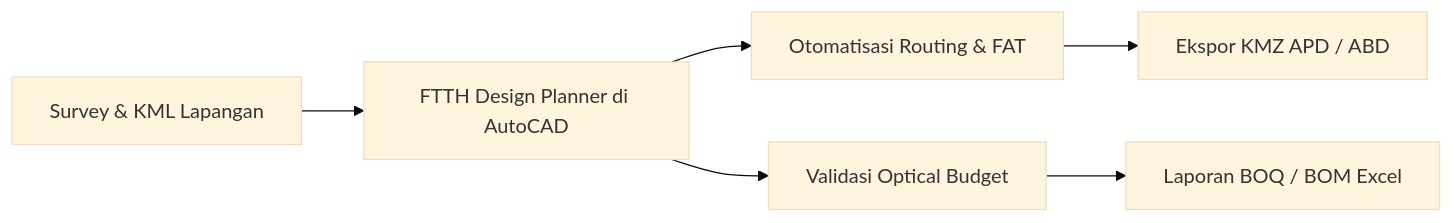
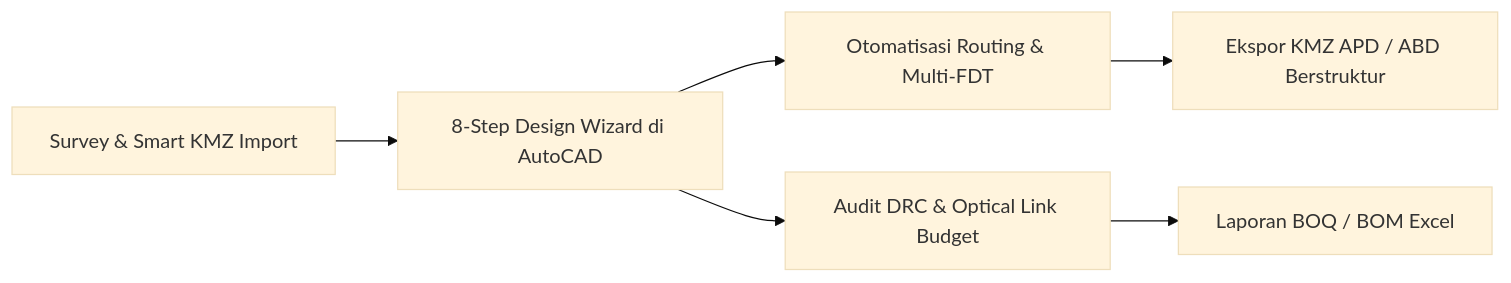
Before and after one commit to syaifulwachid/ftth-docs: the diagram in help_docs/index.md, drawn with Mermaid (base theme). The commit also changed other lines of this file and 9 other files, not shown here.

Commit message:
docs: update help center for v3.6.9 r22 with Design Wizard, Smart KMZ Import, DRC QA, and Optical Budget Calculator

````diff
--- a/help_docs/index.md
+++ b/help_docs/index.md
@@ -11,8 +11,8 @@
 ```mermaid
 graph LR
-    A[Survey & KML Lapangan] --> B[FTTH Design Planner di AutoCAD]
-    B --> C[Otomatisasi Routing & FAT]
-    B --> D[Validasi Optical Budget]
-    C --> E[Ekspor KMZ APD / ABD]
+    A[Survey & Smart KMZ Import] --> B[8-Step Design Wizard di AutoCAD]
+    B --> C[Otomatisasi Routing & Multi-FDT]
+    B --> D[Audit DRC & Optical Link Budget]
+    C --> E[Ekspor KMZ APD / ABD Berstruktur]
     D --> F[Laporan BOQ / BOM Excel]
 ```
````
